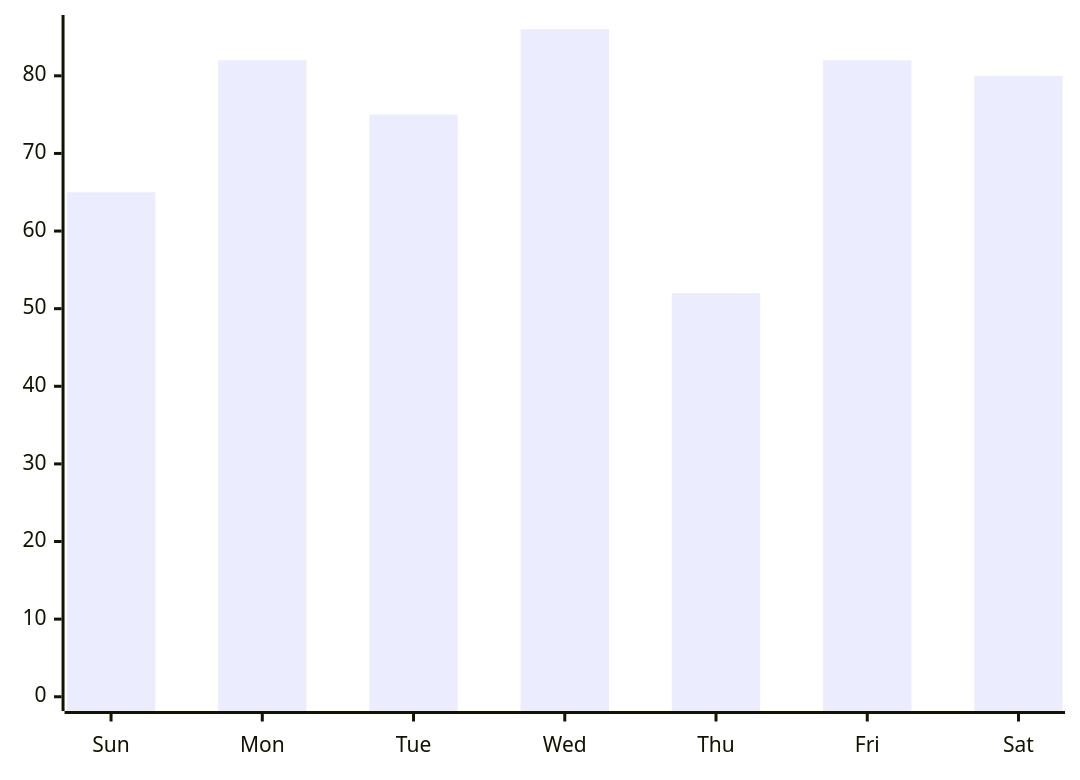
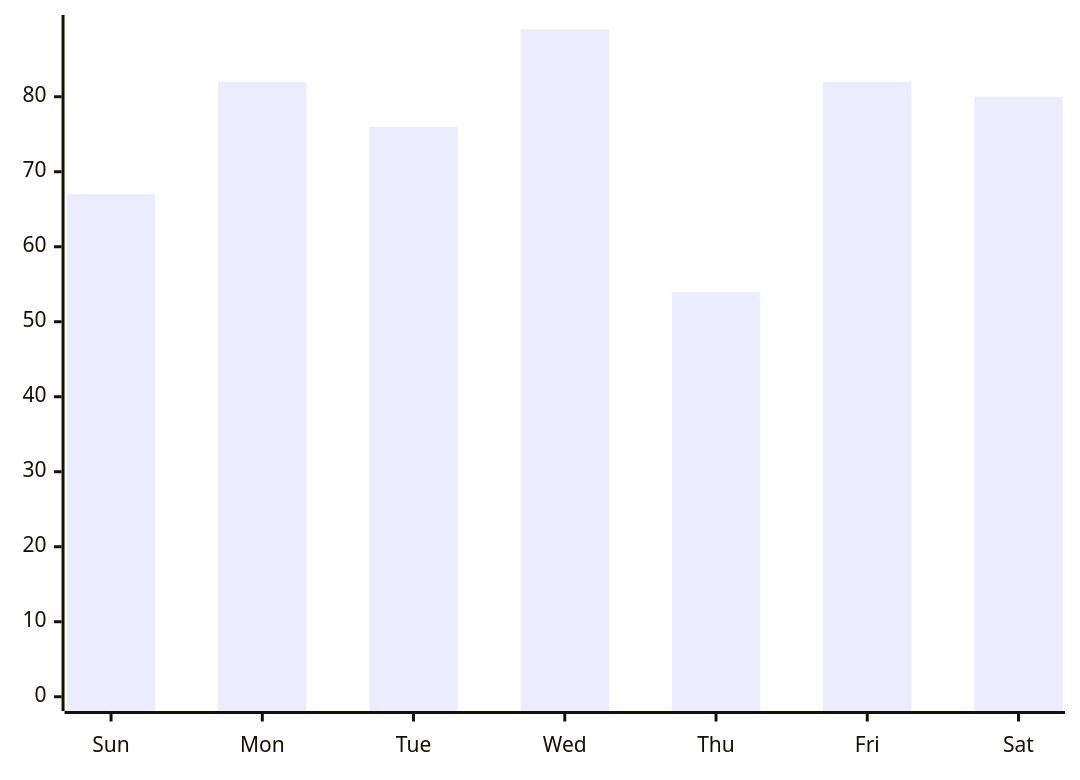
The fourth of 4 diagrams in index.stats.md (austrellum/navigator), drawn with Mermaid before and after one commit. The commit also changed other lines of this file and 9 other files, not shown here.

````diff
--- a/index.stats.md
+++ b/index.stats.md
@@ -40,6 +40,6 @@
 ```mermaid
 xychart-beta
   x-axis ["Sun","Mon","Tue","Wed","Thu","Fri","Sat"]
-  y-axis 0 --> 86
-  bar [65,82,75,86,52,82,80]
+  y-axis 0 --> 89
+  bar [67,82,76,89,54,82,80]
 ```
````
